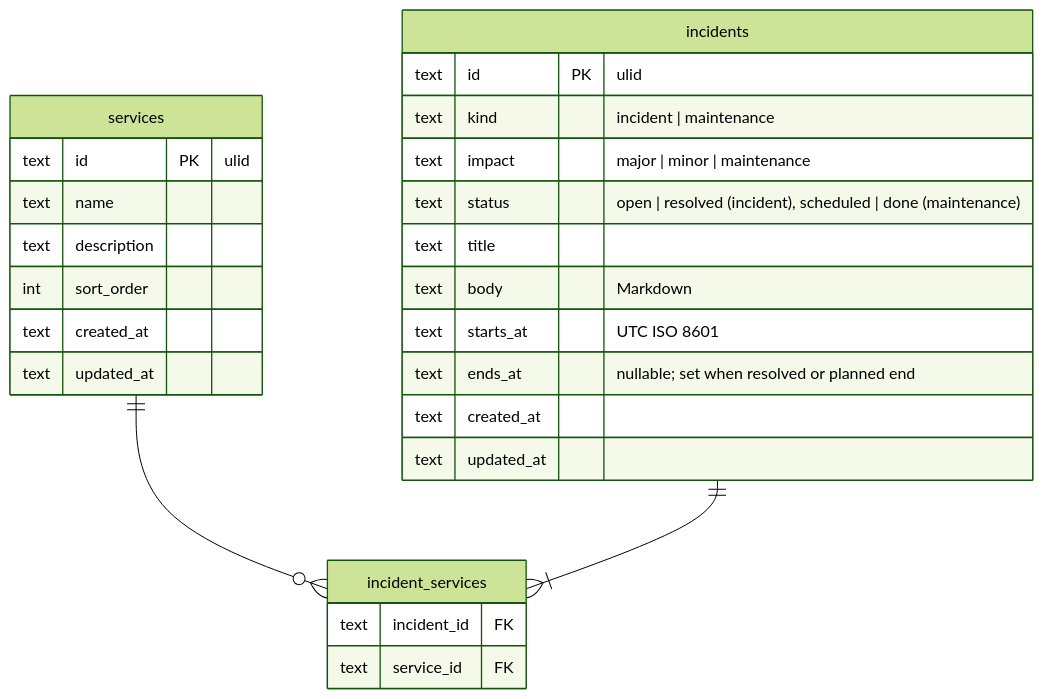
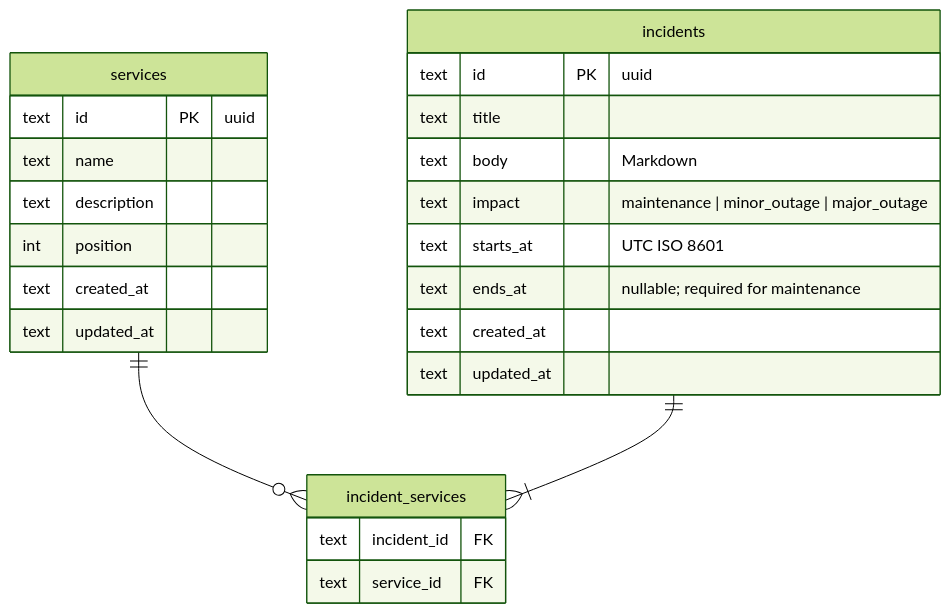
Before and after one commit to Pryx/simple-status: the second of 3 diagrams in docs/plan.md, drawn with Mermaid (forest theme). The commit also changed other lines of this file and 39 other files, not shown here.

````diff
--- a/docs/plan.md
+++ b/docs/plan.md
@@ -49,29 +52,27 @@
 ```mermaid
 erDiagram
     services ||--o{ incident_services : ""
     incidents ||--|{ incident_services : ""
     services {
-        text id PK "ulid"
+        text id PK "uuid"
         text name
         text description
-        int sort_order
+        int position
         text created_at
         text updated_at
     }
     incidents {
-        text id PK "ulid"
-        text kind "incident | maintenance"
-        text impact "major | minor | maintenance"
-        text status "open | resolved (incident), scheduled | done (maintenance)"
+        text id PK "uuid"
         text title
         text body "Markdown"
+        text impact "maintenance | minor_outage | major_outage"
         text starts_at "UTC ISO 8601"
-        text ends_at "nullable; set when resolved or planned end"
+        text ends_at "nullable; required for maintenance"
         text created_at
         text updated_at
     }
     incident_services {
         text incident_id FK
         text service_id FK
     }
 ```
````
